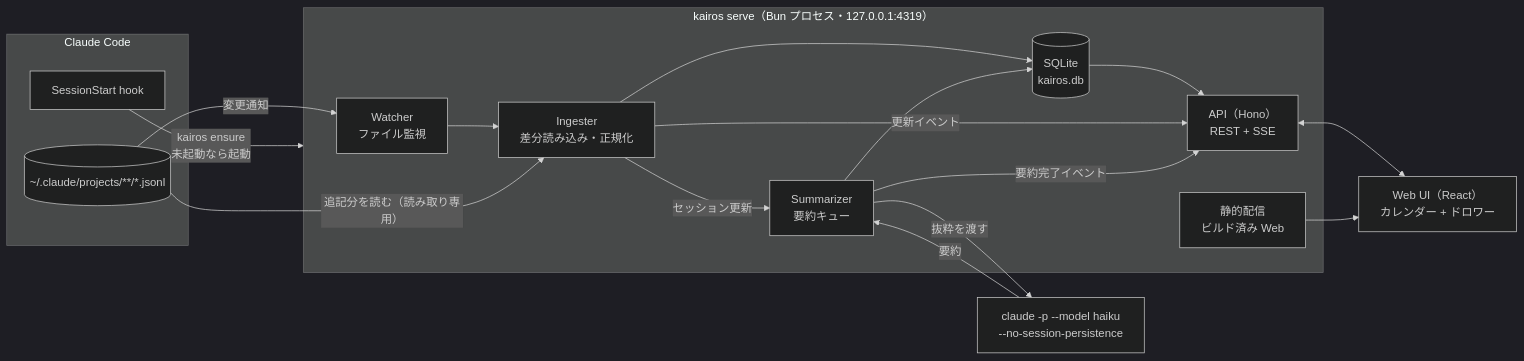
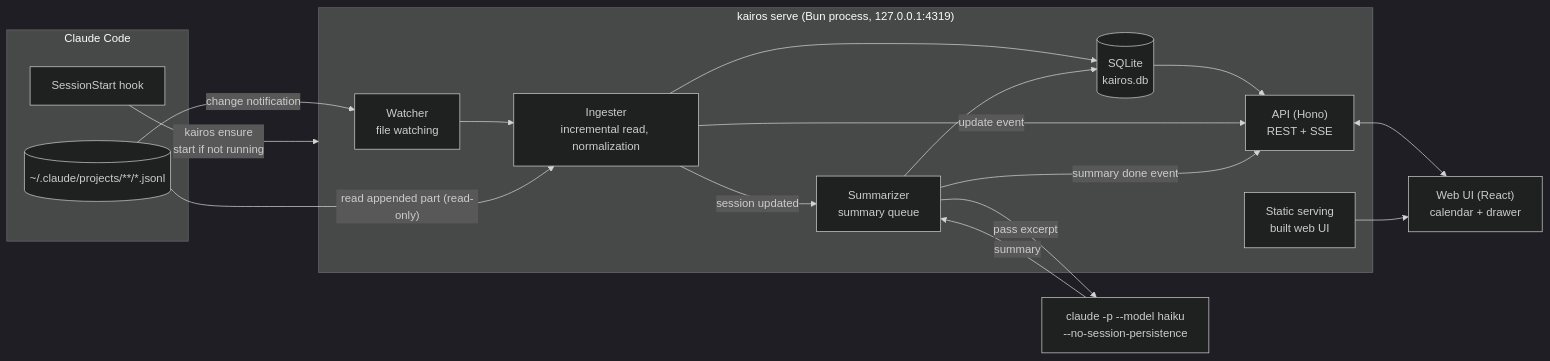
Before and after one commit to atsuki-shirasawa/kairos: the first of 3 diagrams in docs/architecture.md, drawn with Mermaid (dark theme). The commit also changed other lines of this file and 100 other files, not shown here.

````diff
--- a/docs/architecture.md
+++ b/docs/architecture.md
@@ -7,34 +7,34 @@
 ```mermaid
 flowchart LR
     subgraph CC["Claude Code"]
         HOOK["SessionStart hook"]
         LOGS[("~/.claude/projects/**/*.jsonl")]
     end
 
-    subgraph SERVER["kairos serve（Bun プロセス・127.0.0.1:4319）"]
-        WATCH["Watcher<br/>ファイル監視"]
-        ING["Ingester<br/>差分読み込み・正規化"]
+    subgraph SERVER["kairos serve (Bun process, 127.0.0.1:4319)"]
+        WATCH["Watcher<br/>file watching"]
+        ING["Ingester<br/>incremental read, normalization"]
         DB[("SQLite<br/>kairos.db")]
-        SUM["Summarizer<br/>要約キュー"]
-        API["API（Hono）<br/>REST + SSE"]
-        STATIC["静的配信<br/>ビルド済み Web"]
+        SUM["Summarizer<br/>summary queue"]
+        API["API (Hono)<br/>REST + SSE"]
+        STATIC["Static serving<br/>built web UI"]
     end
 
     CLAUDE["claude -p --model haiku<br/>--no-session-persistence"]
-    WEB["Web UI（React）<br/>カレンダー + ドロワー"]
+    WEB["Web UI (React)<br/>calendar + drawer"]
 
-    HOOK -- "kairos ensure<br/>未起動なら起動" --> SERVER
-    LOGS -- "変更通知" --> WATCH
+    HOOK -- "kairos ensure<br/>start if not running" --> SERVER
+    LOGS -- "change notification" --> WATCH
     WATCH --> ING
-    LOGS -- "追記分を読む（読み取り専用）" --> ING
+    LOGS -- "read appended part (read-only)" --> ING
     ING --> DB
-    ING -- "セッション更新" --> SUM
-    SUM -- "抜粋を渡す" --> CLAUDE
-    CLAUDE -- "要約" --> SUM
+    ING -- "session updated" --> SUM
+    SUM -- "pass excerpt" --> CLAUDE
+    CLAUDE -- "summary" --> SUM
     SUM --> DB
     DB --> API
-    ING -- "更新イベント" --> API
-    SUM -- "要約完了イベント" --> API
+    ING -- "update event" --> API
+    SUM -- "summary done event" --> API
     API <--> WEB
     STATIC --> WEB
 ```
````
